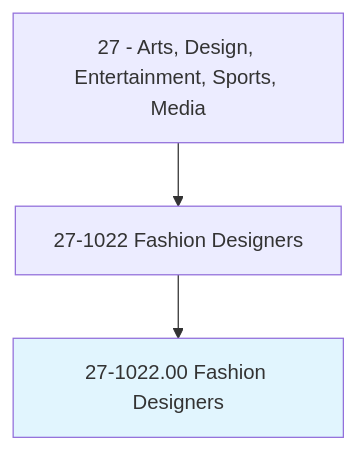
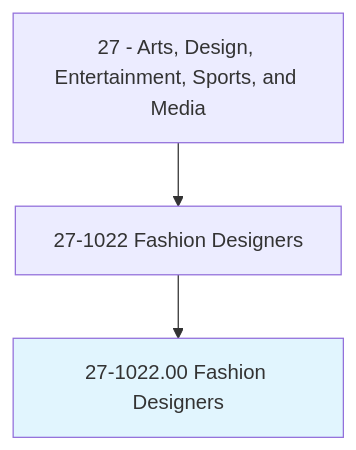
The first of 4 diagrams in occupations/ArtsMedia/FashionDesigners.mdx (kziemski/business.org.ai), drawn with Mermaid before and after one commit. The commit also changed other lines of this file and 938 other files, not shown here.

````diff
--- a/occupations/ArtsMedia/FashionDesigners.mdx
+++ b/occupations/ArtsMedia/FashionDesigners.mdx
@@ -19,6 +23,6 @@
 ```mermaid
 graph TD
-    Cat27["27 - Arts, Design, Entertainment, Sports, Media"] --> Group271022["27-1022 Fashion Designers"]
+    Cat27["27 - Arts, Design, Entertainment, Sports, and Media"] --> Group271022["27-1022 Fashion Designers"]
     Group271022 --> Current["27-1022.00 Fashion Designers"]
     style Current fill:#e1f5fe
 ```
````
